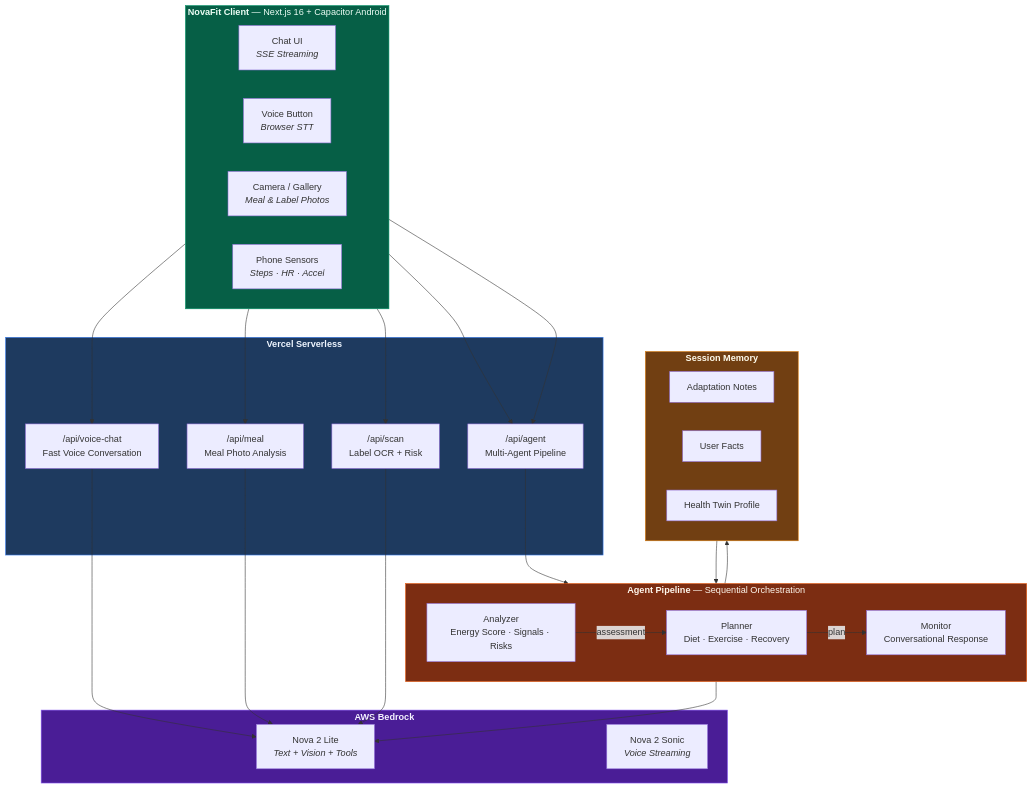
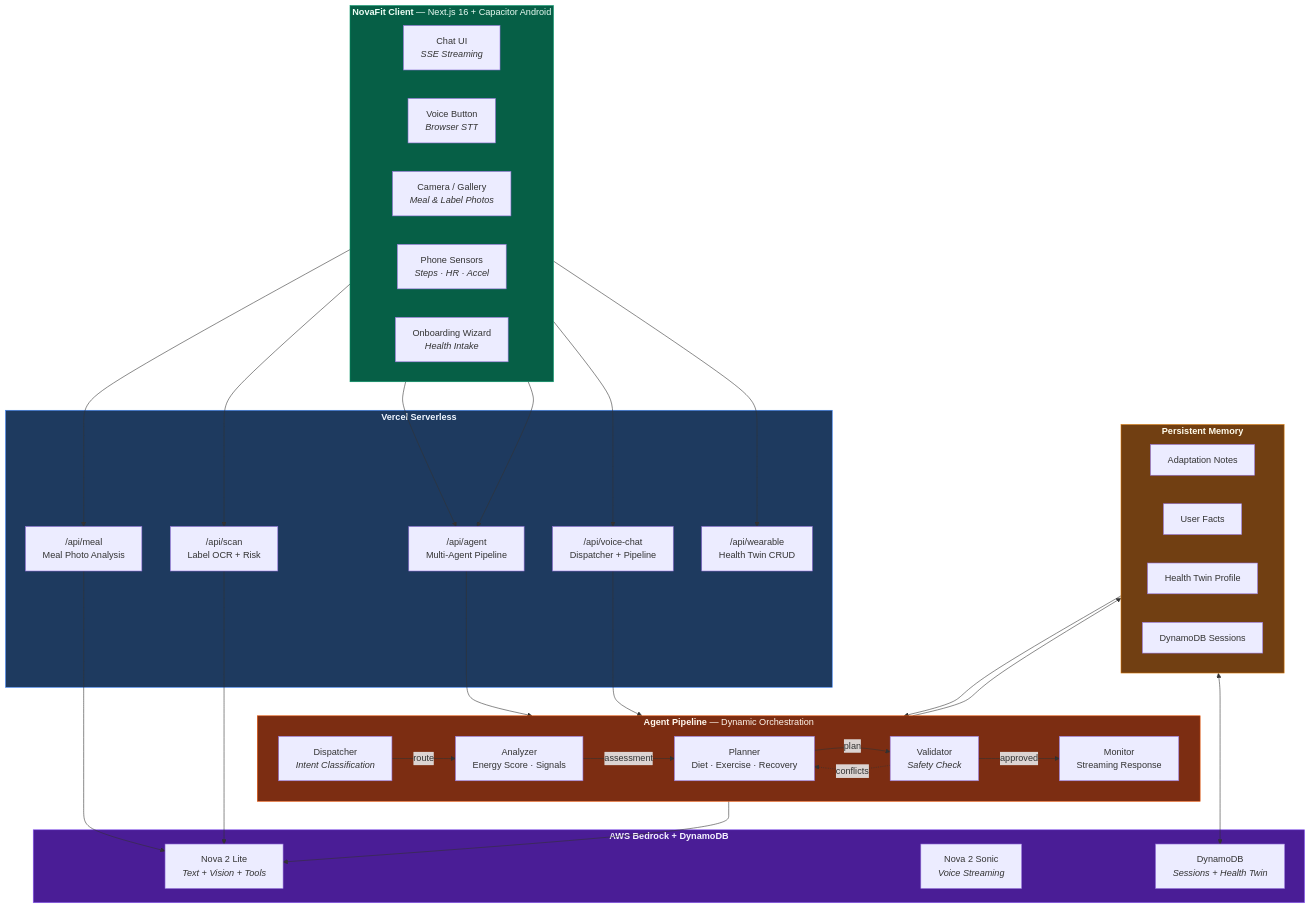
The first of 4 diagrams in README.md (kosiorkosa47/NovaFit), drawn with Mermaid before and after one commit. The commit also changed other lines of this file and 8 other files, not shown here.

First line of the commit message:
Add onboarding wizard, validator UI, predictive coaching, structured traces

````diff
--- a/README.md
+++ b/README.md
@@ -13,58 +13,68 @@
 ```mermaid
 flowchart TB
     subgraph Client["<b>NovaFit Client</b> — Next.js 16 + Capacitor Android"]
         direction LR
         Chat["Chat UI<br/><i>SSE Streaming</i>"]
         Voice["Voice Button<br/><i>Browser STT</i>"]
         Camera["Camera / Gallery<br/><i>Meal & Label Photos</i>"]
         Sensors["Phone Sensors<br/><i>Steps · HR · Accel</i>"]
+        Onboard["Onboarding Wizard<br/><i>Health Intake</i>"]
     end
 
     Chat --> AgentAPI
     Voice --> VoiceAPI
     Camera --> MealAPI
     Camera --> ScanAPI
     Sensors --> AgentAPI
+    Onboard --> WearableAPI
 
     subgraph Backend["<b>Vercel Serverless</b>"]
         AgentAPI["/api/agent<br/>Multi-Agent Pipeline"]
-        VoiceAPI["/api/voice-chat<br/>Fast Voice Conversation"]
+        VoiceAPI["/api/voice-chat<br/>Dispatcher + Pipeline"]
         MealAPI["/api/meal<br/>Meal Photo Analysis"]
         ScanAPI["/api/scan<br/>Label OCR + Risk"]
+        WearableAPI["/api/wearable<br/>Health Twin CRUD"]
     end
 
-    subgraph Pipeline["<b>Agent Pipeline</b> — Sequential Orchestration"]
+    subgraph Pipeline["<b>Agent Pipeline</b> — Dynamic Orchestration"]
         direction LR
-        A["Analyzer<br/>Energy Score · Signals · Risks"]
+        D["Dispatcher<br/><i>Intent Classification</i>"]
+        A["Analyzer<br/>Energy Score · Signals"]
         P["Planner<br/>Diet · Exercise · Recovery"]
-        M["Monitor<br/>Conversational Response"]
-        A -->|assessment| P -->|plan| M
+        V["Validator<br/><i>Safety Check</i>"]
+        M["Monitor<br/>Streaming Response"]
+        D -->|route| A -->|assessment| P -->|plan| V
+        V -->|approved| M
+        V -.->|conflicts| P
     end
 
     AgentAPI --> Pipeline
-    VoiceAPI --> Nova2Lite
+    VoiceAPI --> Pipeline
 
-    subgraph AWS["<b>AWS Bedrock</b>"]
+    subgraph AWS["<b>AWS Bedrock + DynamoDB</b>"]
         Nova2Lite["Nova 2 Lite<br/><i>Text + Vision + Tools</i>"]
         NovaSonic["Nova 2 Sonic<br/><i>Voice Streaming</i>"]
+        DDB["DynamoDB<br/><i>Sessions + Health Twin</i>"]
     end
 
     Pipeline --> Nova2Lite
     MealAPI --> Nova2Lite
     ScanAPI --> Nova2Lite
 
-    subgraph Memory["<b>Session Memory</b>"]
+    subgraph Memory["<b>Persistent Memory</b>"]
         Adapt["Adaptation Notes"]
         Facts["User Facts"]
         Twin["Health Twin Profile"]
+        Sessions["DynamoDB Sessions"]
     end
 
     Pipeline --> Memory
     Memory --> Pipeline
+    Memory <--> DDB
 
     style Client fill:#065f46,stroke:#059669,color:#ecfdf5
     style Backend fill:#1e3a5f,stroke:#3b82f6,color:#eff6ff
     style Pipeline fill:#7c2d12,stroke:#ea580c,color:#fff7ed
     style AWS fill:#4a1d96,stroke:#8b5cf6,color:#f5f3ff
     style Memory fill:#713f12,stroke:#d97706,color:#fffbeb
 ```
````
